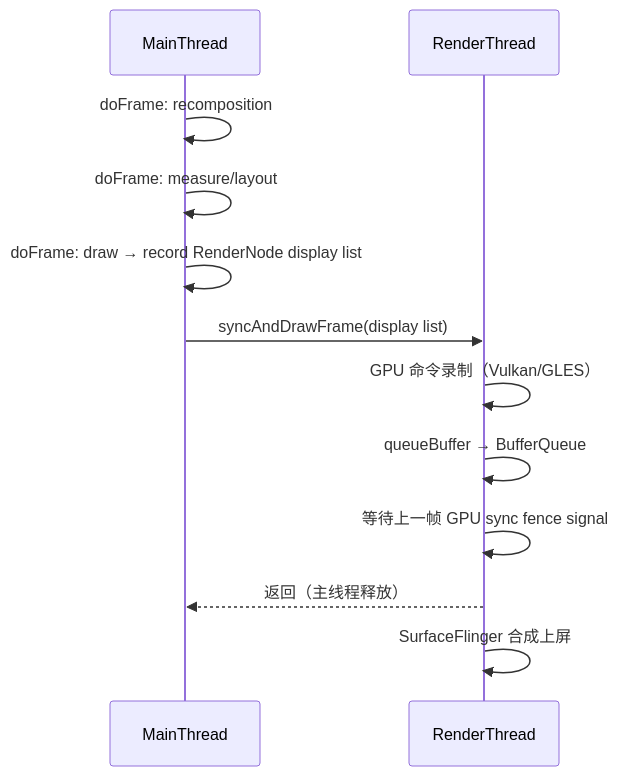
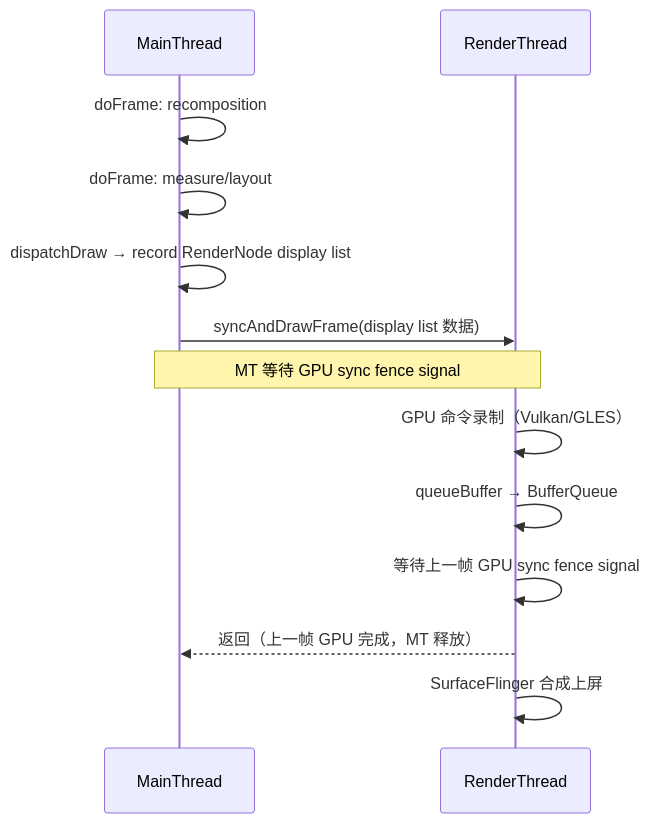
Before and after one commit to Gracker/android-internals-wiki: the fourth of 4 diagrams in src/part2-performance/ch18-rendering-pipelines/25-compose-rendering-pipeline.md, drawn with Mermaid. The commit also changed other lines of this file and 1 other file, not shown here.

````diff
--- a/src/part2-performance/ch18-rendering-pipelines/25-compose-rendering-pipeline.md
+++ b/src/part2-performance/ch18-rendering-pipelines/25-compose-rendering-pipeline.md
@@ -272,15 +433,16 @@
 ```mermaid
 sequenceDiagram
     participant MT as MainThread
     participant RT as RenderThread
     
     MT->>MT: doFrame: recomposition
     MT->>MT: doFrame: measure/layout
-    MT->>MT: doFrame: draw → record RenderNode display list
-    MT->>RT: syncAndDrawFrame(display list)
+    MT->>MT: dispatchDraw → record RenderNode display list
+    MT->>RT: syncAndDrawFrame(display list 数据)
+    Note over MT,RT: MT 等待 GPU sync fence signal
     RT->>RT: GPU 命令录制（Vulkan/GLES）
     RT->>RT: queueBuffer → BufferQueue
     RT->>RT: 等待上一帧 GPU sync fence signal
-    RT-->>MT: 返回（主线程释放）
+    RT-->>MT: 返回（上一帧 GPU 完成，MT 释放）
     RT->>RT: SurfaceFlinger 合成上屏
 ```
````
